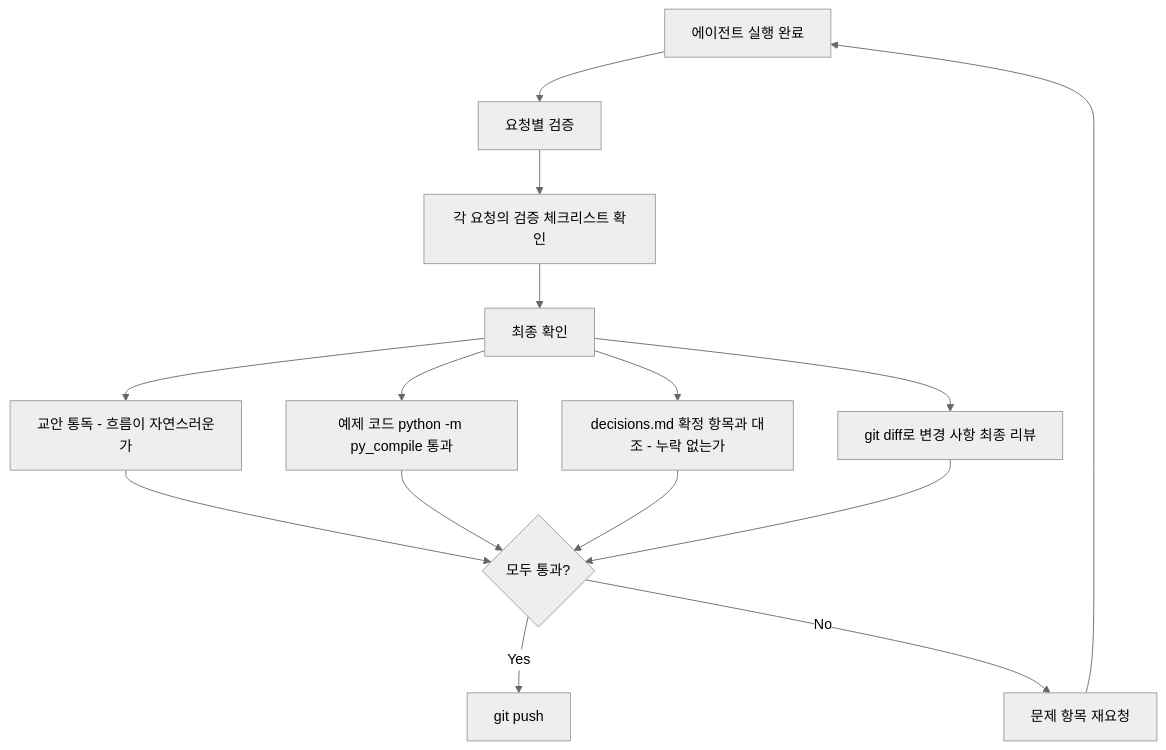
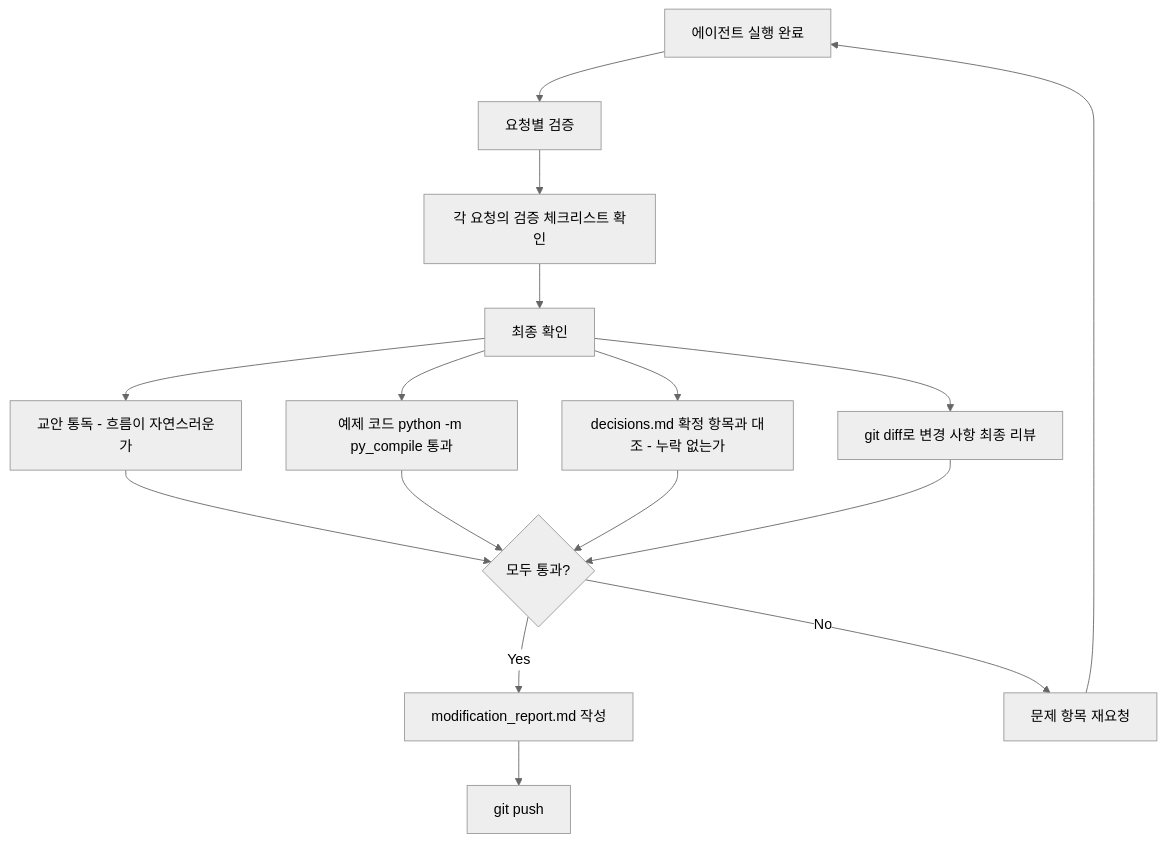
The fifth of 5 diagrams in langchain/reviews/README.md (restful3/langchain-docs), drawn with Mermaid (neutral theme) before and after one commit. The commit also changed other lines of this file and 6 other files, not shown here.

````diff
--- a/langchain/reviews/README.md
+++ b/langchain/reviews/README.md
@@ -253,13 +254,14 @@
 ```mermaid
 flowchart TD
     A["에이전트 실행 완료"] --> B["요청별 검증"]
     B --> B1["각 요청의 검증 체크리스트 확인"]
     B1 --> C["최종 확인"]
     C --> C1["교안 통독 - 흐름이 자연스러운가"]
     C --> C2["예제 코드 python -m py_compile 통과"]
     C --> C3["decisions.md 확정 항목과 대조 - 누락 없는가"]
     C --> C4["git diff로 변경 사항 최종 리뷰"]
     C1 & C2 & C3 & C4 --> D{"모두 통과?"}
-    D -- Yes --> E["git push"]
-    D -- No --> F["문제 항목 재요청"] --> A
+    D -- Yes --> E["modification_report.md 작성"]
+    E --> F["git push"]
+    D -- No --> G["문제 항목 재요청"] --> A
 ```
````
